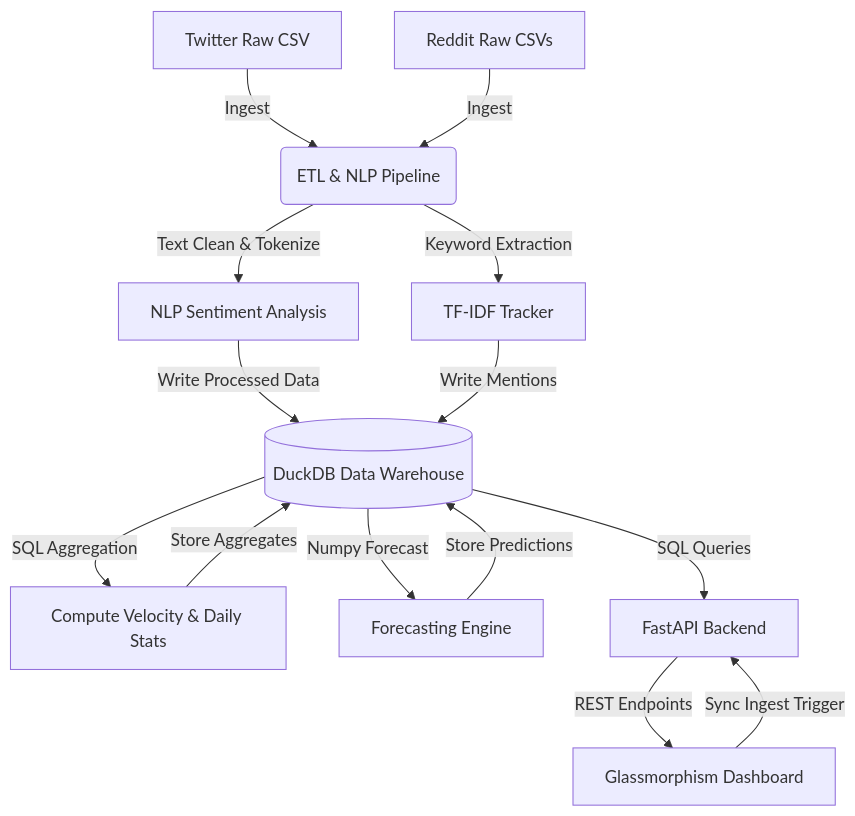
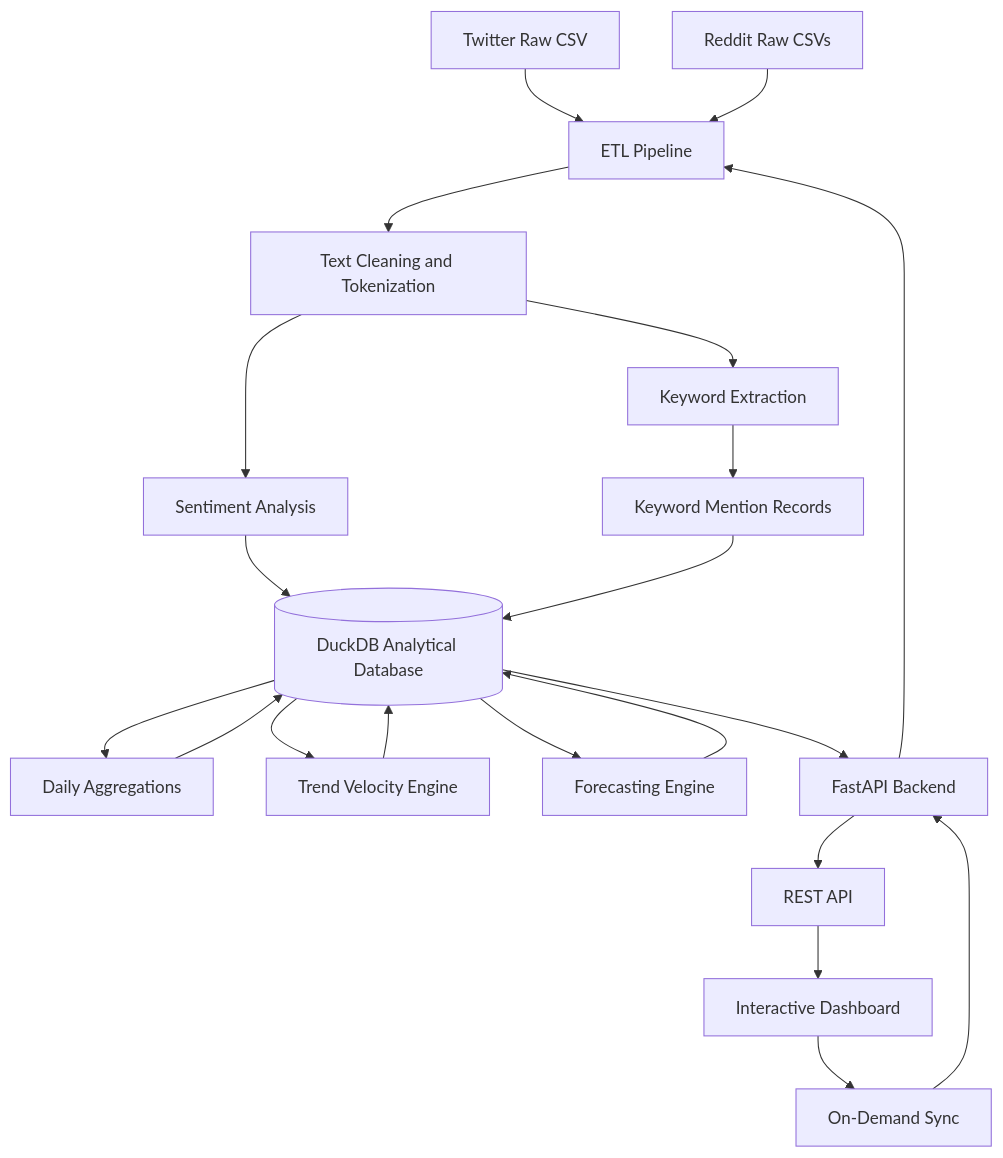
One commit to AKSHATT18/SOCIAL-MEDIA-TREND-ANALYZER changed the diagram in README.md. Above: the diagram before and after it, drawn with Mermaid. The commit also changed other lines of this file, not shown here.

````diff
--- a/README.md
+++ b/README.md
@@ -21,16 +128,29 @@
 ```mermaid
-graph TD
-    A[Twitter Raw CSV] -->|Ingest| C(ETL & NLP Pipeline)
-    B[Reddit Raw CSVs] -->|Ingest| C
-    C -->|Text Clean & Tokenize| D[NLP Sentiment Analysis]
-    C -->|Keyword Extraction| E[TF-IDF Tracker]
-    D -->|Write Processed Data| F[(DuckDB Data Warehouse)]
-    E -->|Write Mentions| F
-    F -->|SQL Aggregation| G[Compute Velocity & Daily Stats]
-    F -->|Numpy Forecast| H[Forecasting Engine]
-    G -->|Store Aggregates| F
-    H -->|Store Predictions| F
-    F -->|SQL Queries| I[FastAPI Backend]
-    I -->|REST Endpoints| J[Glassmorphism Dashboard]
-    J -->|Sync Ingest Trigger| I
+flowchart TD
+    A[Twitter Raw CSV] --> C[ETL Pipeline]
+    B[Reddit Raw CSVs] --> C
+
+    C --> D[Text Cleaning and Tokenization]
+    D --> E[Sentiment Analysis]
+    D --> F[Keyword Extraction]
+
+    E --> G[(DuckDB Analytical Database)]
+    F --> H[Keyword Mention Records]
+    H --> G
+
+    G --> I[Daily Aggregations]
+    G --> J[Trend Velocity Engine]
+    G --> K[Forecasting Engine]
+
+    I --> G
+    J --> G
+    K --> G
+
+    G --> L[FastAPI Backend]
+    L --> M[REST API]
+    M --> N[Interactive Dashboard]
+
+    N --> O[On-Demand Sync]
+    O --> L
+    L --> C
 ```
````
